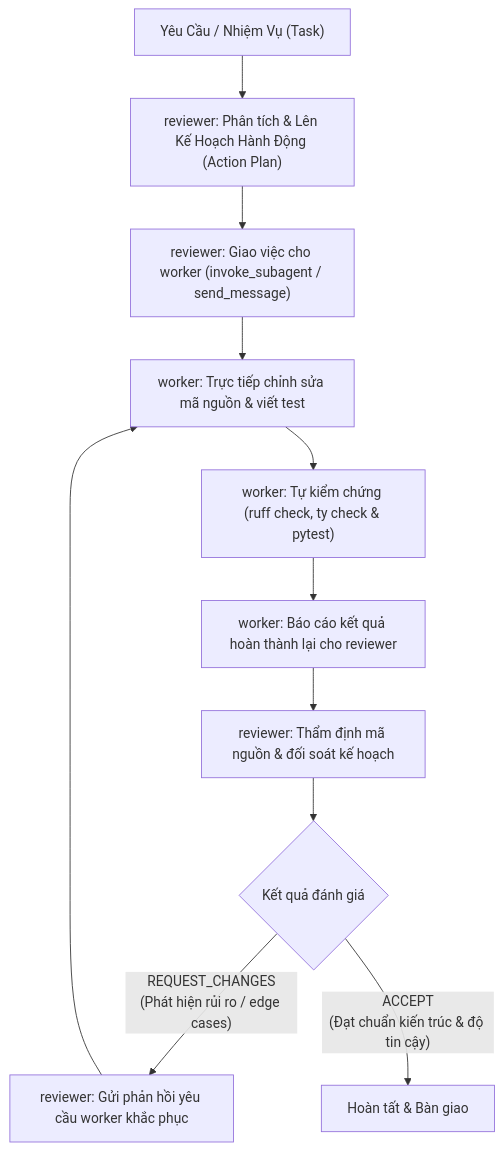
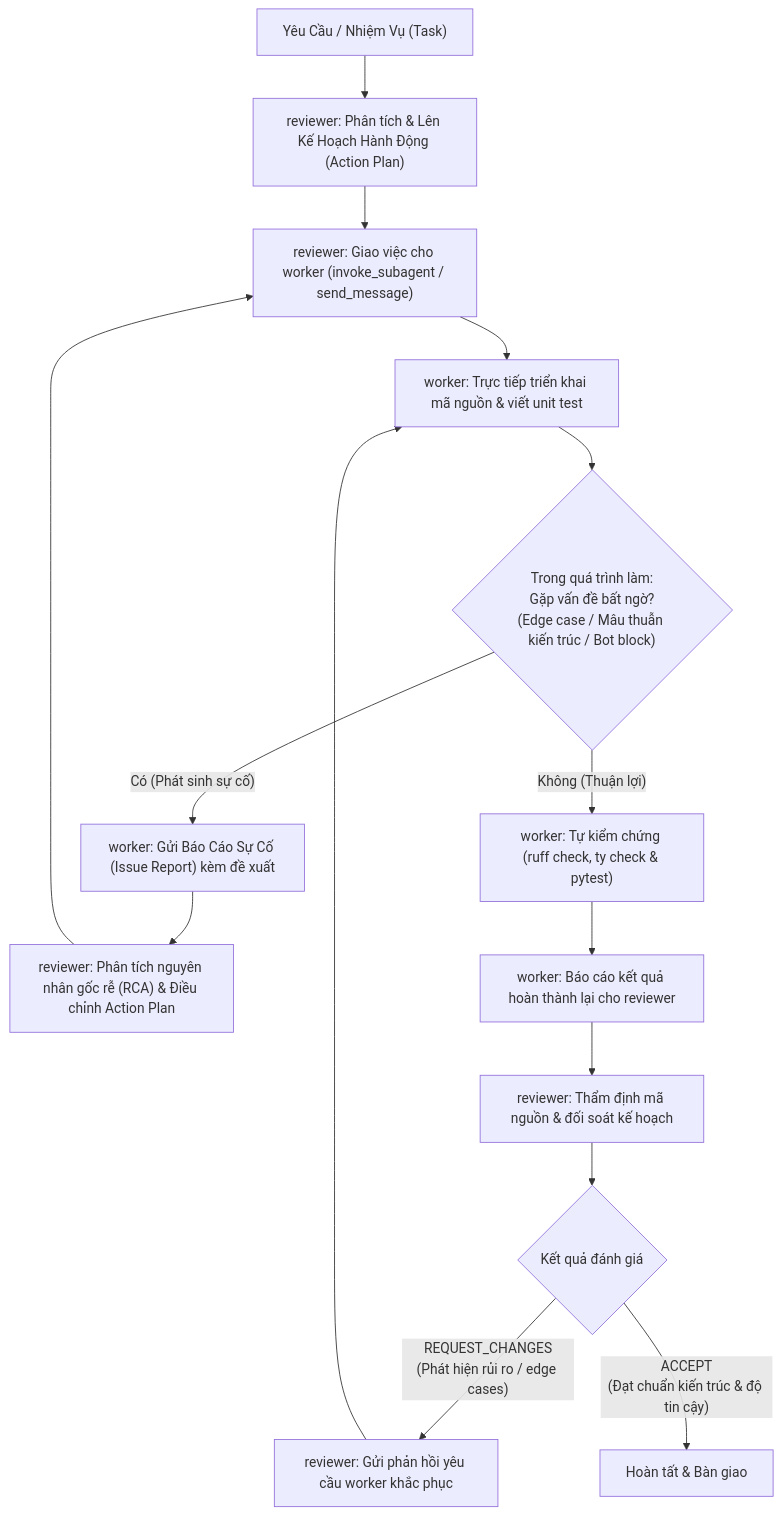
One commit to Lucifer-02/map_miner changed the first of 2 diagrams in AGENTS.md. Above: the diagram before and after it, drawn with Mermaid. The commit also changed other lines of this file and 9 other files, not shown here.

````diff
--- a/AGENTS.md
+++ b/AGENTS.md
@@ -11,13 +11,19 @@
 ```mermaid
 flowchart TD
     A["Yêu Cầu / Nhiệm Vụ (Task)"] --> B["reviewer: Phân tích & Lên Kế Hoạch Hành Động (Action Plan)"]
     B --> C["reviewer: Giao việc cho worker (invoke_subagent / send_message)"]
-    C --> D["worker: Trực tiếp chỉnh sửa mã nguồn & viết test"]
-    D --> E["worker: Tự kiểm chứng (ruff check, ty check & pytest)"]
+    C --> D["worker: Trực tiếp triển khai mã nguồn & viết unit test"]
+    
+    D --> CheckIssue{"Trong quá trình làm:\nGặp vấn đề bất ngờ?\n(Edge case / Mâu thuẫn kiến trúc / Bot block)"}
+    CheckIssue -- "Có (Phát sinh sự cố)" --> IssueReport["worker: Gửi Báo Cáo Sự Cố (Issue Report) kèm đề xuất"]
+    IssueReport --> RCA["reviewer: Phân tích nguyên nhân gốc rễ (RCA) & Điều chỉnh Action Plan"]
+    RCA --> C
+    
+    CheckIssue -- "Không (Thuận lợi)" --> E["worker: Tự kiểm chứng (ruff check, ty check & pytest)"]
     E --> F["worker: Báo cáo kết quả hoàn thành lại cho reviewer"]
     F --> G["reviewer: Thẩm định mã nguồn & đối soát kế hoạch"]
     G --> H{"Kết quả đánh giá"}
     H -- "REQUEST_CHANGES\n(Phát hiện rủi ro / edge cases)" --> I["reviewer: Gửi phản hồi yêu cầu worker khắc phục"]
     I --> D
     H -- "ACCEPT\n(Đạt chuẩn kiến trúc & độ tin cậy)" --> J["Hoàn tất & Bàn giao"]
 ```
````
